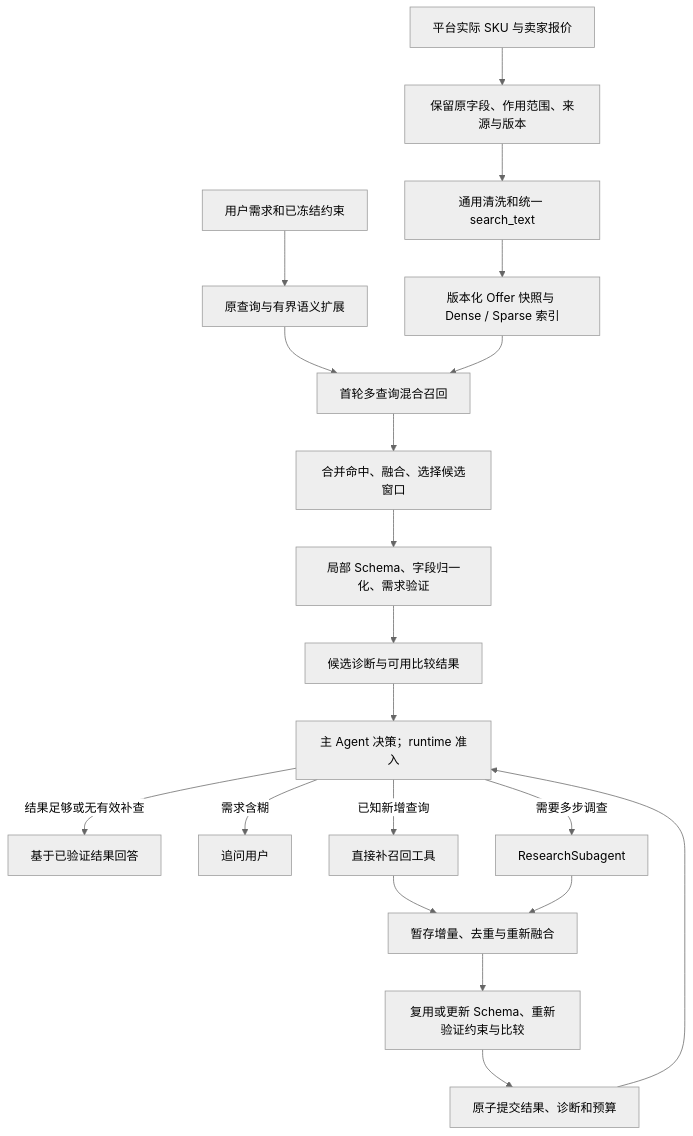
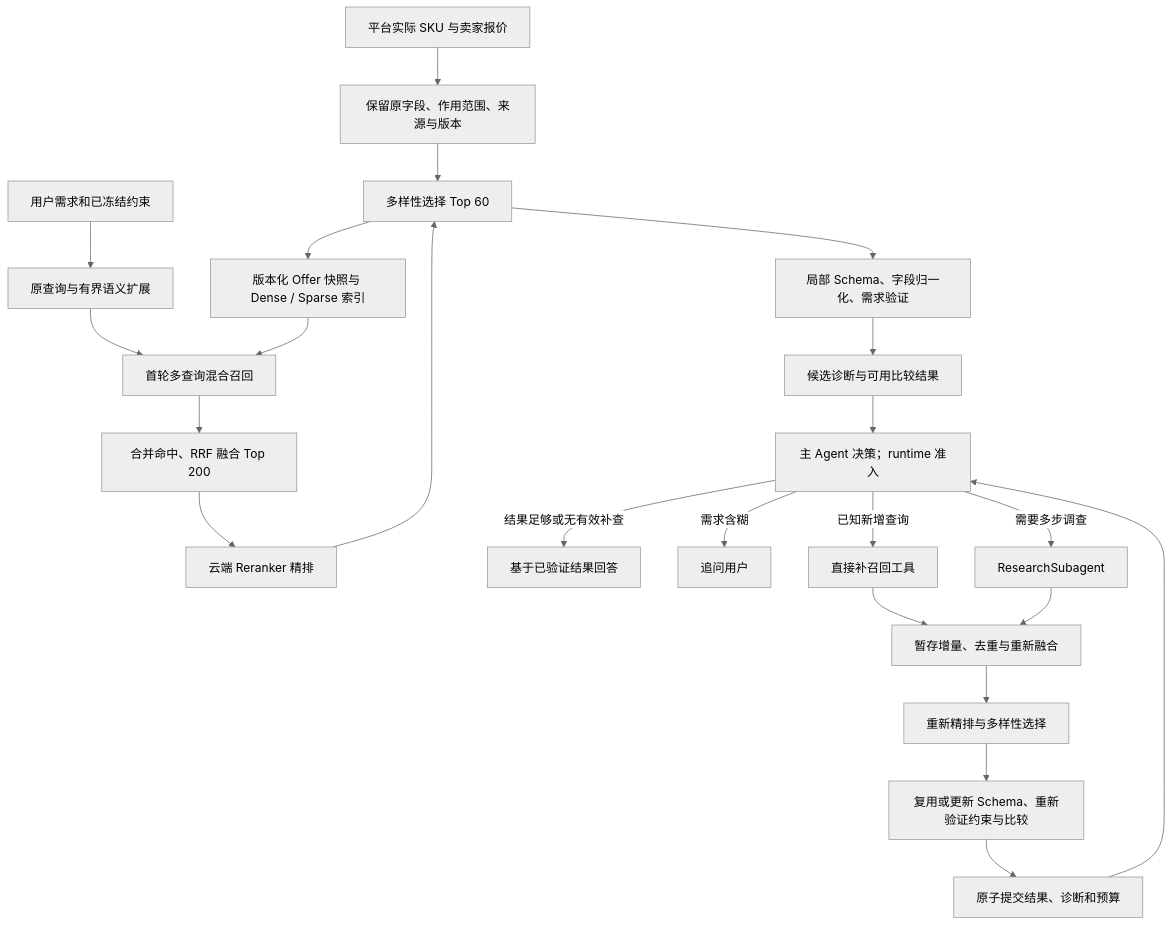
Before and after one commit to zdjc445/E.C.26-B: the diagram in docs/plans/sku_offer_rag_on_demand_retrieval_design.md, drawn with Mermaid (neutral theme). The commit also changed other lines of this file and 3 other files, not shown here.

Commit message:
docs: add reranker pipeline and diagrams to SKU RAG plan

````diff
--- a/docs/plans/sku_offer_rag_on_demand_retrieval_design.md
+++ b/docs/plans/sku_offer_rag_on_demand_retrieval_design.md
@@ -56,22 +67,25 @@
 ```mermaid
 flowchart TD
     A[平台实际 SKU 与卖家报价] --> B[保留原字段、作用范围、来源与版本]
     B --> C[通用清洗和统一 search_text]
     C --> D[版本化 Offer 快照与 Dense / Sparse 索引]
     U[用户需求和已冻结约束] --> Q[原查询与有界语义扩展]
     Q --> R[首轮多查询混合召回]
     D --> R
-    R --> F[合并命中、融合、选择候选窗口]
-    F --> N[局部 Schema、字段归一化、需求验证]
+    R --> F[合并命中、RRF 融合 Top 200]
+    F --> E[云端 Reranker 精排]
+    E --> C[多样性选择 Top 60]
+    C --> N[局部 Schema、字段归一化、需求验证]
     N --> O[候选诊断与可用比较结果]
     O --> M[主 Agent 决策；runtime 准入]
     M -->|结果足够或无有效补查| Z[基于已验证结果回答]
     M -->|需求含糊| H[追问用户]
     M -->|已知新增查询| S[直接补召回工具]
     M -->|需要多步调查| T[ResearchSubagent]
     S --> G[暂存增量、去重与重新融合]
     T --> G
-    G --> V[复用或更新 Schema、重新验证约束与比较]
+    G --> J[重新精排与多样性选择]
+    J --> V[复用或更新 Schema、重新验证约束与比较]
     V --> W[原子提交结果、诊断和预算]
     W --> M
 ```
````
